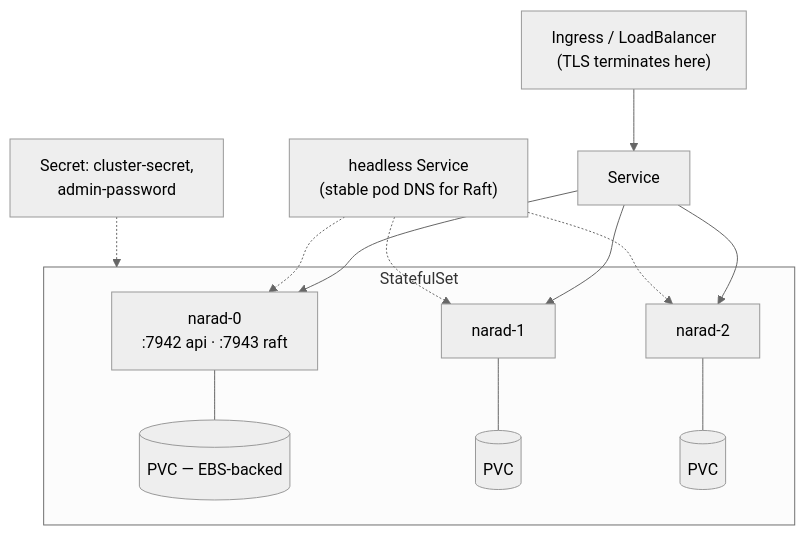
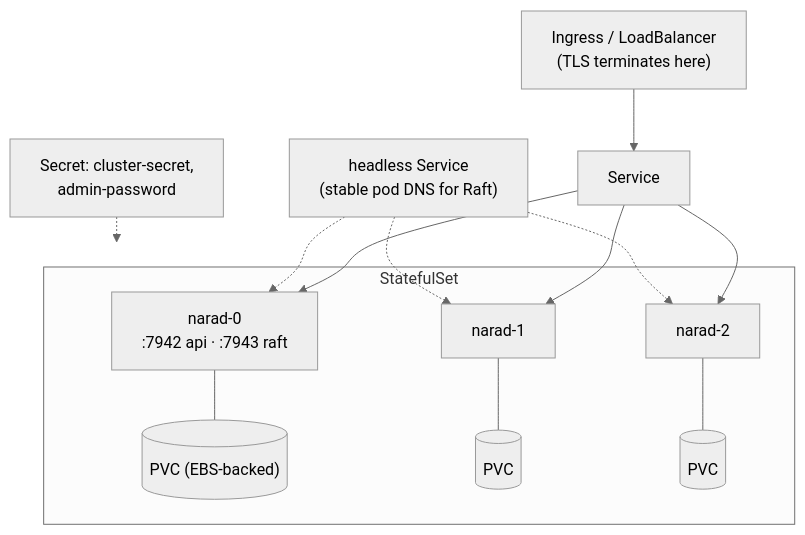
Before and after one commit to DebanganThakuria/narad: the diagram in docs/operate/index.md, drawn with Mermaid (neutral theme). The commit also changed other lines of this file and 26 other files, not shown here.

````diff
--- a/docs/operate/index.md
+++ b/docs/operate/index.md
@@ -7,12 +7,12 @@
 ```mermaid
 flowchart TB
     ING["Ingress / LoadBalancer<br/>(TLS terminates here)"] --> SVC[Service]
     SVC --> N0 & N1 & N2
     subgraph ss["StatefulSet"]
-        N0["narad-0<br/>:7942 api · :7943 raft"] --- V0[("PVC — EBS-backed")]
+        N0["narad-0<br/>:7942 api · :7943 raft"] --- V0[("PVC (EBS-backed)")]
         N1["narad-1"] --- V1[("PVC")]
         N2["narad-2"] --- V2[("PVC")]
     end
     HS["headless Service<br/>(stable pod DNS for Raft)"] -.-> N0 & N1 & N2
     SEC["Secret: cluster-secret,<br/>admin-password"] -.-> ss
 ```
````
